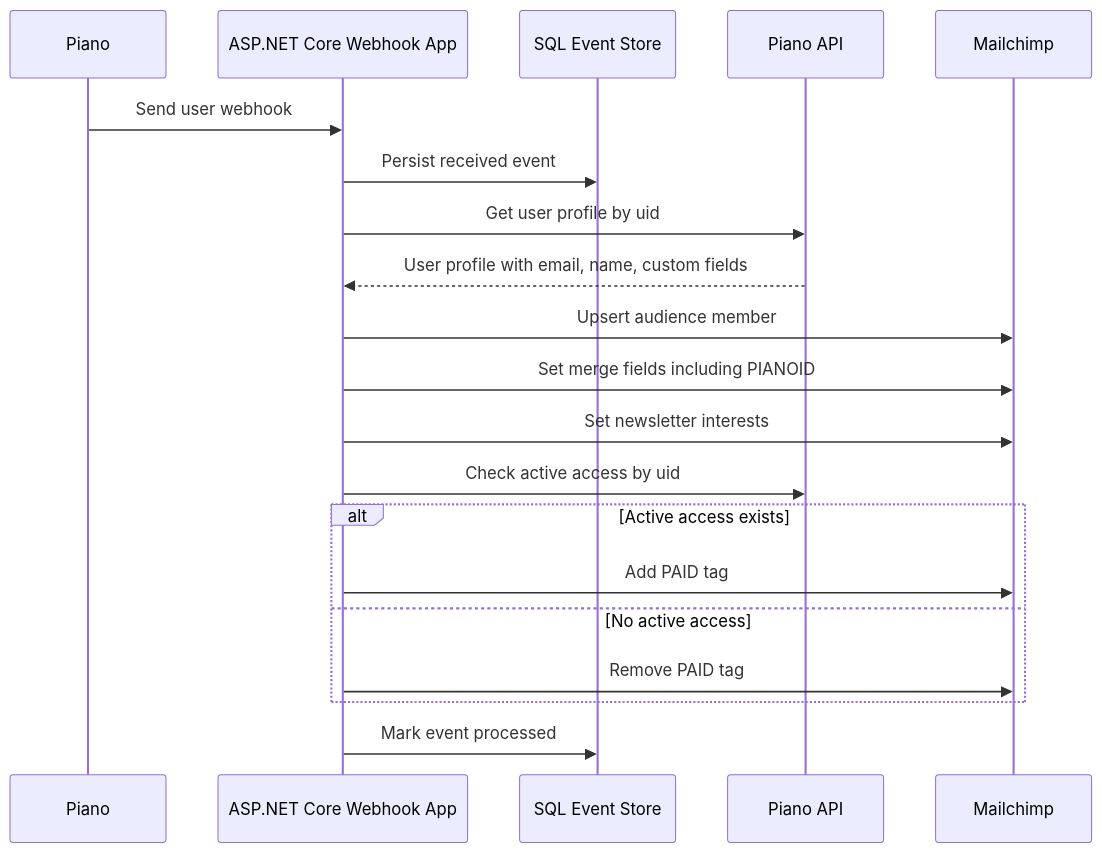
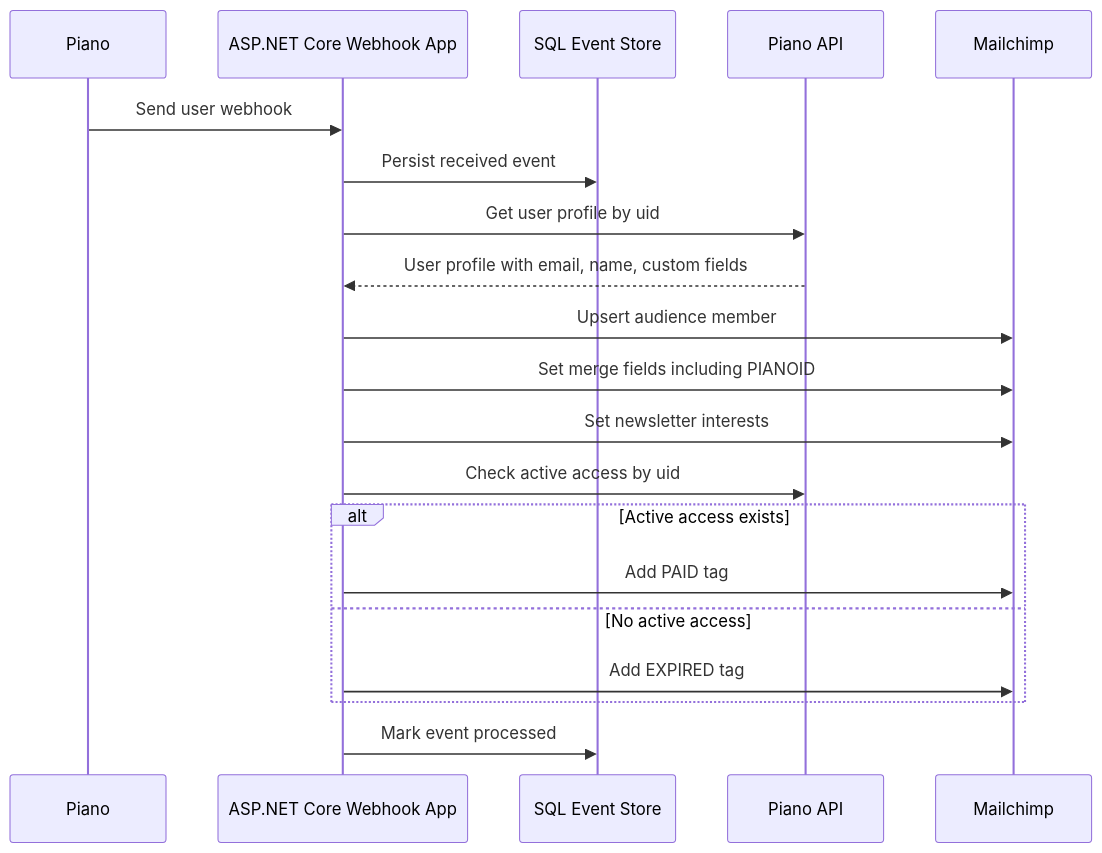
The second of 3 diagrams in ARCHITECTURE.md (Foresight-News/piano-mailchimp-webhook), drawn with Mermaid before and after one commit. The commit also changed other lines of this file and 32 other files, not shown here.

````diff
--- a/ARCHITECTURE.md
+++ b/ARCHITECTURE.md
@@ -27,23 +15,23 @@
 ```mermaid
 sequenceDiagram
     participant Piano
     participant Webhook as ASP.NET Core Webhook App
     participant Store as SQL Event Store
     participant PianoApi as Piano API
     participant Mailchimp
 
     Piano->>Webhook: Send user webhook
     Webhook->>Store: Persist received event
     Webhook->>PianoApi: Get user profile by uid
     PianoApi-->>Webhook: User profile with email, name, custom fields
     Webhook->>Mailchimp: Upsert audience member
     Webhook->>Mailchimp: Set merge fields including PIANOID
     Webhook->>Mailchimp: Set newsletter interests
     Webhook->>PianoApi: Check active access by uid
     alt Active access exists
         Webhook->>Mailchimp: Add PAID tag
     else No active access
-        Webhook->>Mailchimp: Remove PAID tag
+        Webhook->>Mailchimp: Add EXPIRED tag
     end
     Webhook->>Store: Mark event processed
 ```
````
